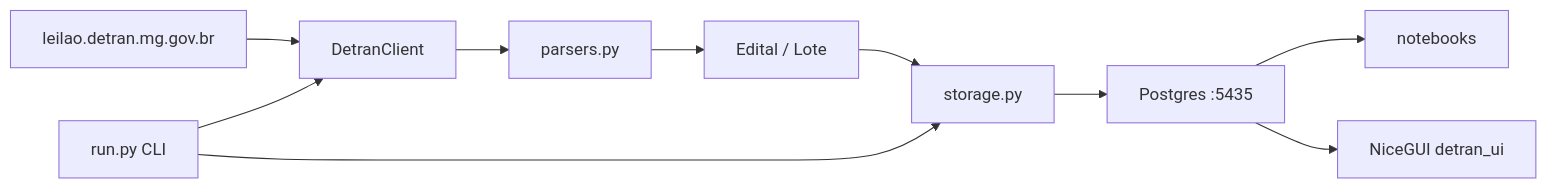
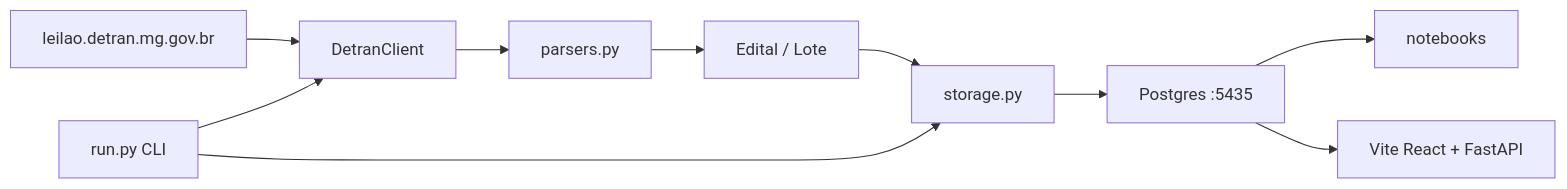
Before and after one commit to jeffinish/scraping-detranmg: the diagram in README.md, drawn with Mermaid. The commit also changed other lines of this file and 31 other files, not shown here.

First line of the commit message:
feat: replace NiceGUI with Vite React MD3 and FastAPI

````diff
--- a/README.md
+++ b/README.md
@@ -40,12 +42,12 @@
 ```mermaid
 flowchart LR
   Portal["leilao.detran.mg.gov.br"] --> Client["DetranClient"]
   Client --> Parsers["parsers.py"]
   Parsers --> Models["Edital / Lote"]
   Models --> Storage["storage.py"]
   Storage --> PG["Postgres :5435"]
   PG --> NB["notebooks"]
-  PG --> UI["NiceGUI detran_ui"]
+  PG --> UI["Vite React + FastAPI"]
   Run["run.py CLI"] --> Client
   Run --> Storage
 ```
````
